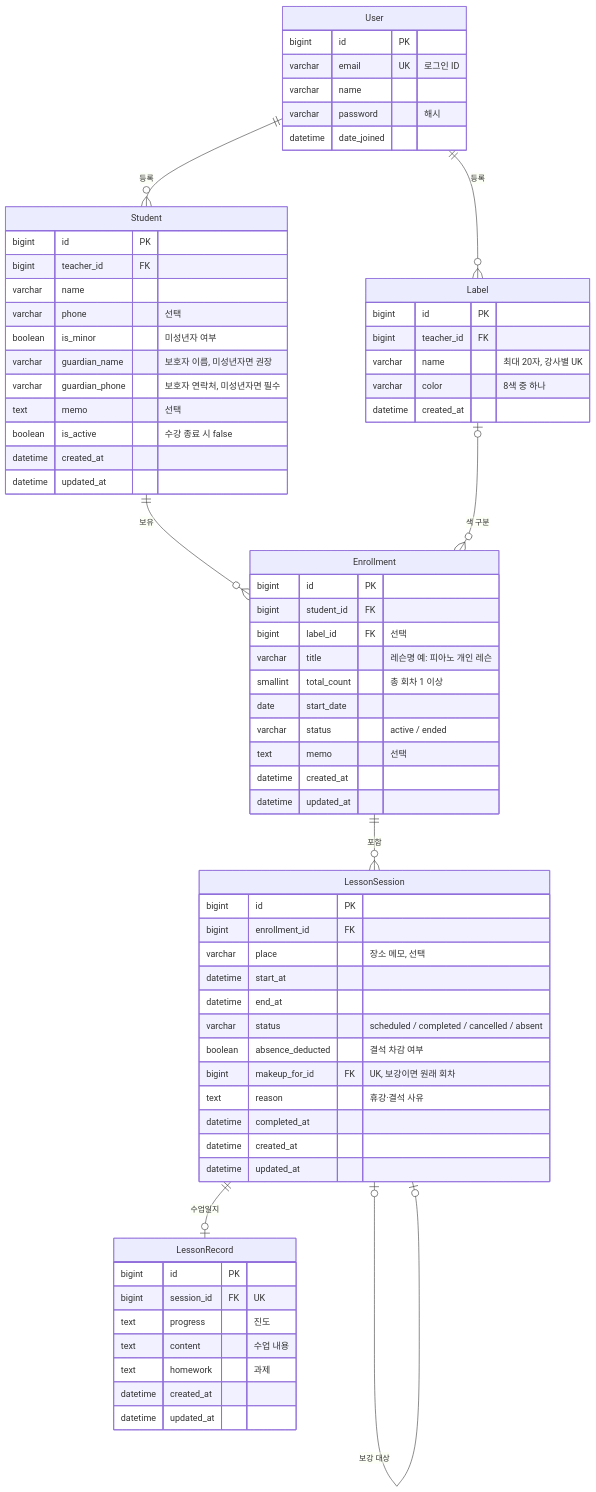
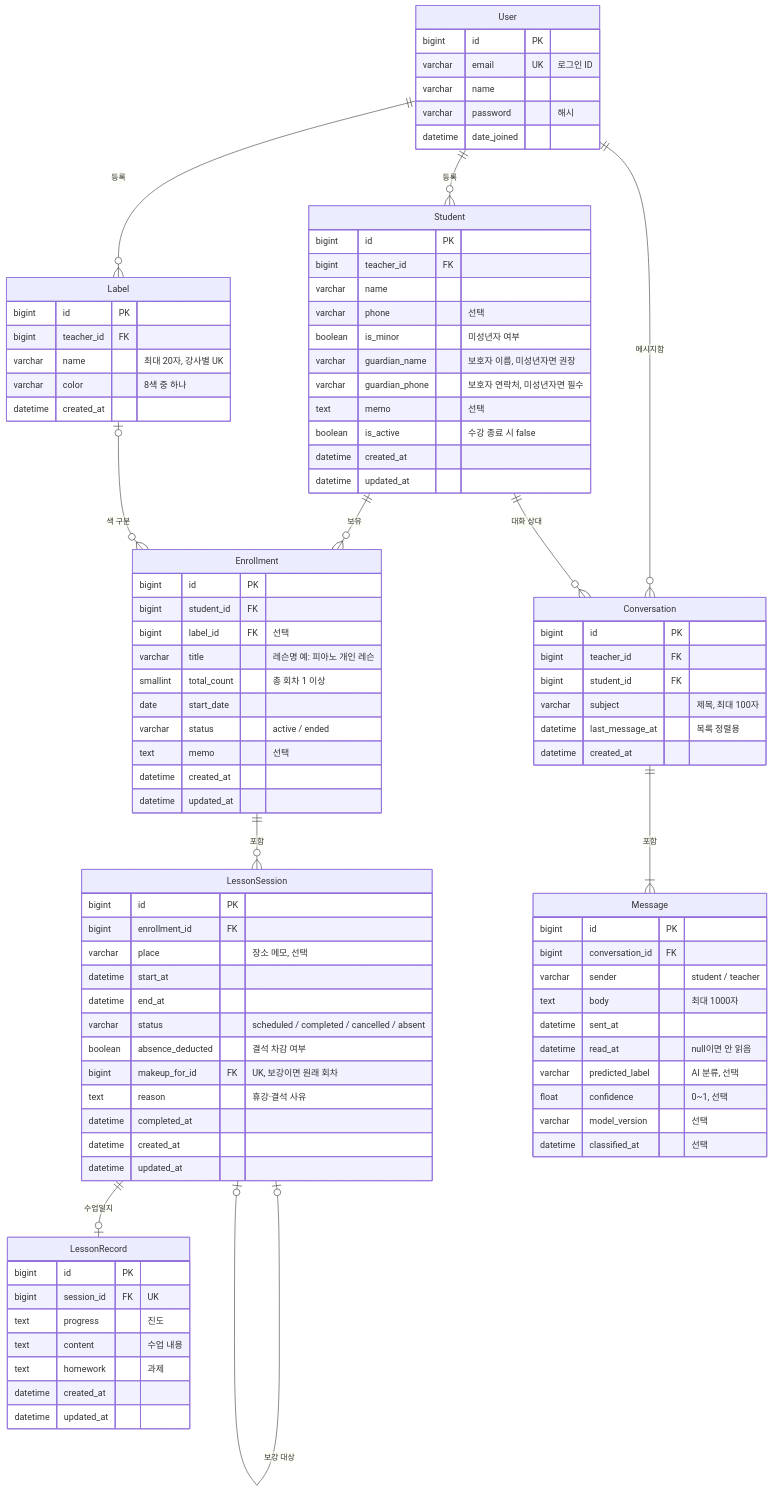
The diagram in docs/ERD.md (yeeun5364/lemit), drawn with Mermaid before and after one commit. The commit also changed other lines of this file and 7 other files, not shown here.

First line of the commit message:
docs: 수강생 메시지 AI 분류(UC-17) 문서 반영 - 기획, 유스케이스, ERD, 화면, README

````diff
--- a/docs/ERD.md
+++ b/docs/ERD.md
@@ -14,6 +14,9 @@
     Enrollment ||--o{ LessonSession : "포함"
     LessonSession |o--o| LessonSession : "보강 대상"
     LessonSession ||--o| LessonRecord : "수업일지"
+    User ||--o{ Conversation : "메시지함"
+    Student ||--o{ Conversation : "대화 상대"
+    Conversation ||--|{ Message : "포함"
 
     User {
         bigint id PK
@@ -77,4 +80,24 @@
         datetime created_at
         datetime updated_at
     }
+    Conversation {
+        bigint id PK
+        bigint teacher_id FK
+        bigint student_id FK
+        varchar subject "제목, 최대 100자"
+        datetime last_message_at "목록 정렬용"
+        datetime created_at
+    }
+    Message {
+        bigint id PK
+        bigint conversation_id FK
+        varchar sender "student / teacher"
+        text body "최대 1000자"
+        datetime sent_at
+        datetime read_at "null이면 안 읽음"
+        varchar predicted_label "AI 분류, 선택"
+        float confidence "0~1, 선택"
+        varchar model_version "선택"
+        datetime classified_at "선택"
+    }
 ```
````
